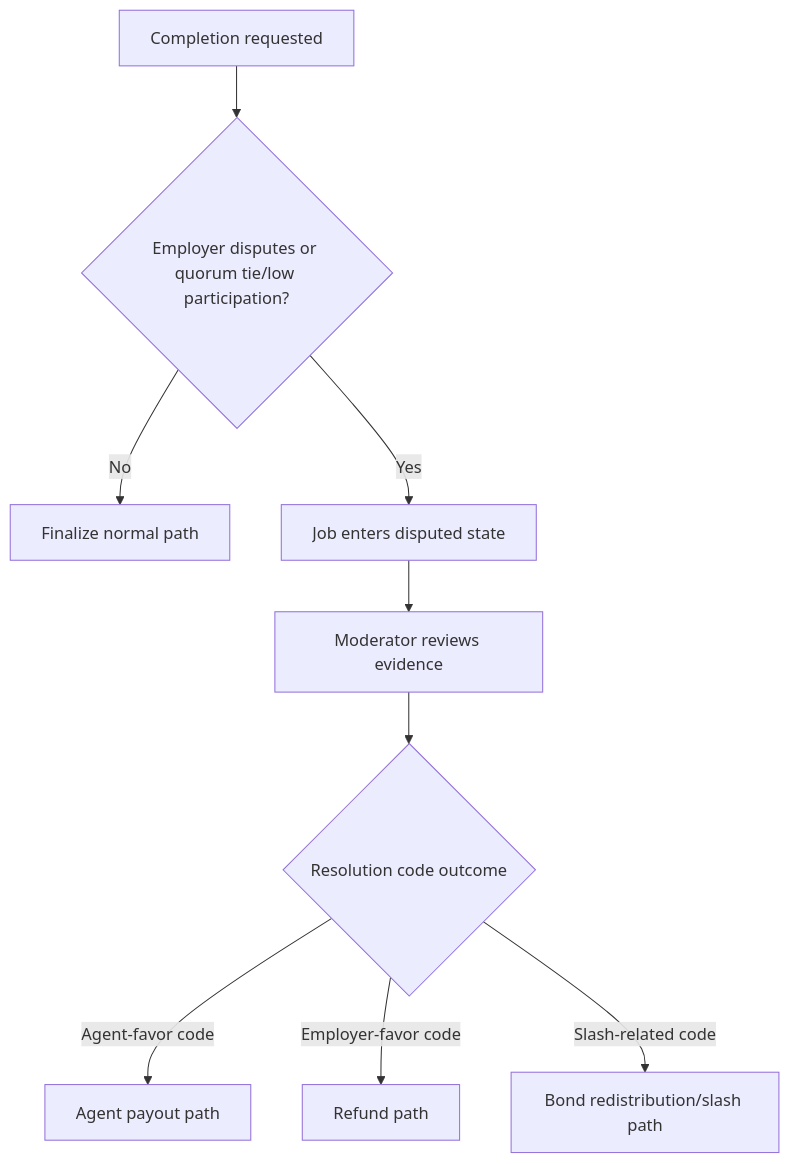
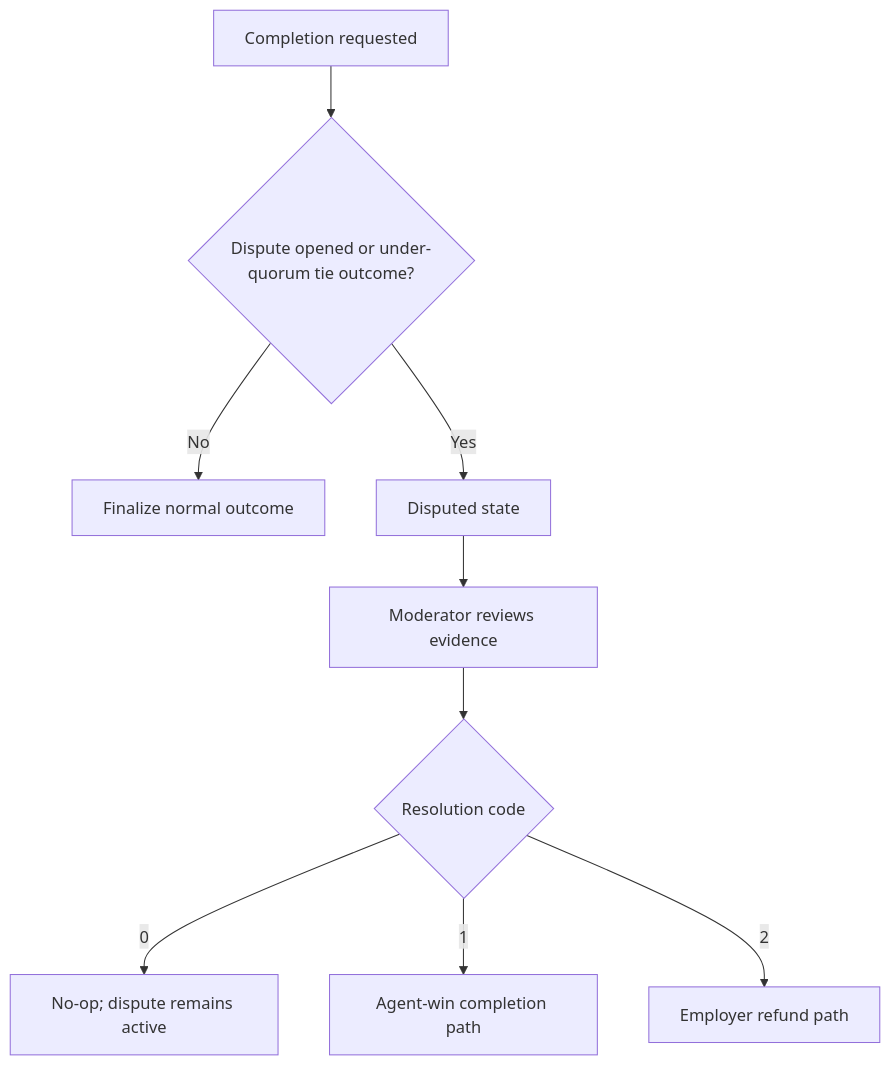
One commit to MontrealAI/AGIJobManager changed the fourth of 4 diagrams in docs/DEPLOYMENT/OWNER_MAINNET_DEPLOYMENT_AND_OPERATIONS_GUIDE.md. Above: the diagram before and after it, drawn with Mermaid. The commit also changed other lines of this file and 1 other file, not shown here.

````diff
--- a/docs/DEPLOYMENT/OWNER_MAINNET_DEPLOYMENT_AND_OPERATIONS_GUIDE.md
+++ b/docs/DEPLOYMENT/OWNER_MAINNET_DEPLOYMENT_AND_OPERATIONS_GUIDE.md
@@ -359,11 +331,11 @@
 ```mermaid
 flowchart TD
-  A[Completion requested] --> B{Employer disputes or quorum tie/low participation?}
-  B -->|No| C[Finalize normal path]
-  B -->|Yes| D[Job enters disputed state]
+  A[Completion requested] --> B{Dispute opened or under-quorum tie outcome?}
+  B -->|No| C[Finalize normal outcome]
+  B -->|Yes| D[Disputed state]
   D --> E[Moderator reviews evidence]
-  E --> F{Resolution code outcome}
-  F -->|Agent-favor code| G[Agent payout path]
-  F -->|Employer-favor code| H[Refund path]
-  F -->|Slash-related code| I[Bond redistribution/slash path]
+  E --> F{Resolution code}
+  F -->|0| G[No-op; dispute remains active]
+  F -->|1| H[Agent-win completion path]
+  F -->|2| I[Employer refund path]
 ```
````
